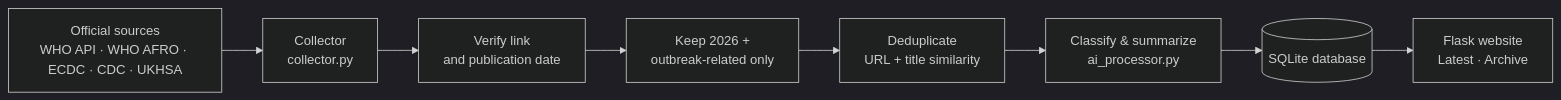
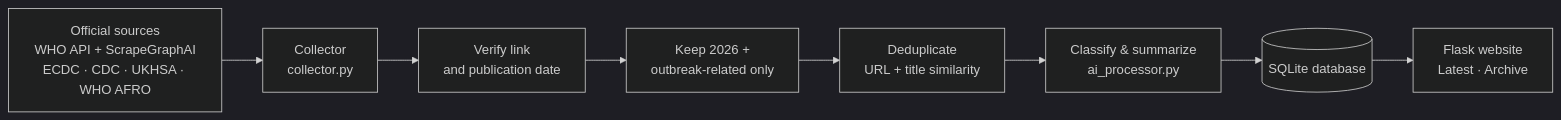
The diagram in README.md (MOHZOOM/outbreak-watch), drawn with Mermaid (dark theme) before and after one commit. The commit also changed other lines of this file and 2 other files, not shown here.

Commit message:
Read sources with ScrapeGraphAI instead of RSS

````diff
--- a/README.md
+++ b/README.md
@@ -30,10 +30,10 @@
 ```mermaid
 flowchart LR
-    A[Official sources<br/>WHO API · WHO AFRO · ECDC · CDC · UKHSA] --> B[Collector<br/>collector.py]
+    A[Official sources<br/>WHO API + ScrapeGraphAI<br/>ECDC · CDC · UKHSA · WHO AFRO] --> B[Collector<br/>collector.py]
     B --> C[Verify link<br/>and publication date]
     C --> D[Keep 2026 +<br/>outbreak-related only]
     D --> E[Deduplicate<br/>URL + title similarity]
     E --> F[Classify & summarize<br/>ai_processor.py]
     F --> G[(SQLite database)]
     G --> H[Flask website<br/>Latest · Archive]
 ```
````
